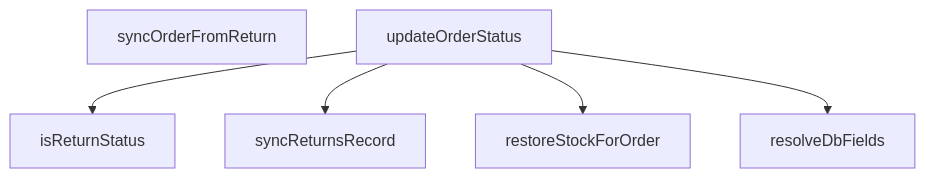
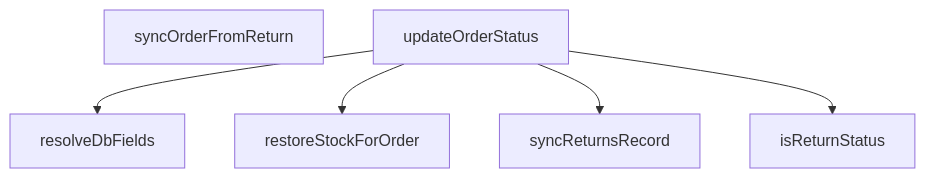
The diagram in src/lib/orderStatusService.md (peckop/venthub-hvac-esite), drawn with Mermaid before and after one commit. The commit also changed other lines of this file and 5 other files, not shown here.

````diff
--- a/src/lib/orderStatusService.md
+++ b/src/lib/orderStatusService.md
@@ -229,13 +210,13 @@
 ```mermaid
 graph TD
     orderStatusService_ts__isReturnStatus["isReturnStatus"]
     orderStatusService_ts__resolveDbFields["resolveDbFields"]
     orderStatusService_ts__restoreStockForOrder["restoreStockForOrder"]
     orderStatusService_ts__syncOrderFromReturn["syncOrderFromReturn"]
     orderStatusService_ts__syncReturnsRecord["syncReturnsRecord"]
     orderStatusService_ts__updateOrderStatus["updateOrderStatus"]
+    orderStatusService_ts__updateOrderStatus --> orderStatusService_ts__resolveDbFields
+    orderStatusService_ts__updateOrderStatus --> orderStatusService_ts__restoreStockForOrder
+    orderStatusService_ts__updateOrderStatus --> orderStatusService_ts__syncReturnsRecord
     orderStatusService_ts__updateOrderStatus --> orderStatusService_ts__isReturnStatus
-    orderStatusService_ts__updateOrderStatus --> orderStatusService_ts__syncReturnsRecord
-    orderStatusService_ts__updateOrderStatus --> orderStatusService_ts__restoreStockForOrder
-    orderStatusService_ts__updateOrderStatus --> orderStatusService_ts__resolveDbFields
 ```
````
